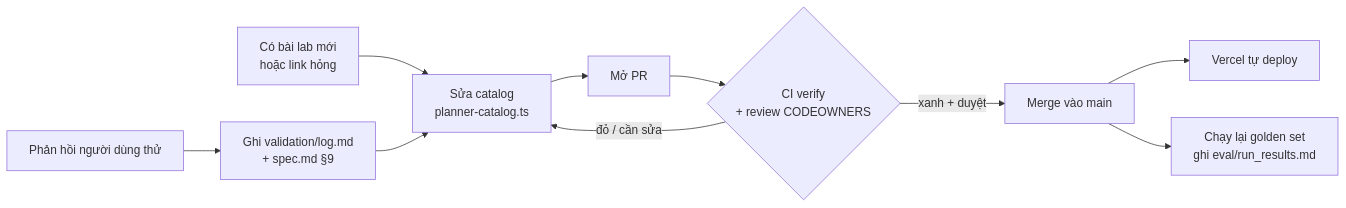
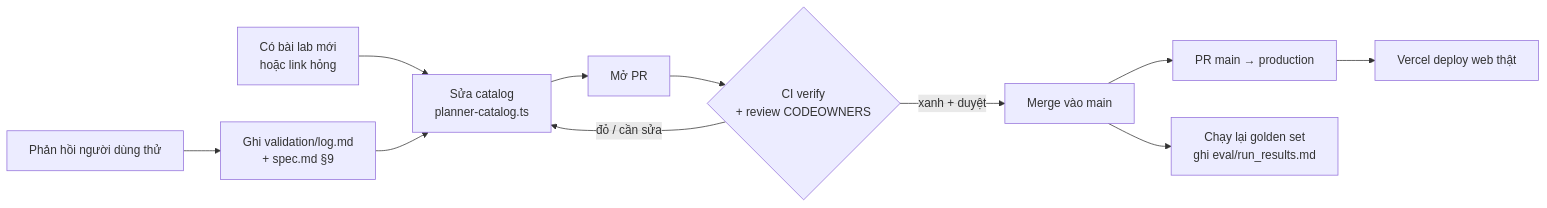
Before and after one commit to Dokhacgiakhoa/K4-3A-e403-Vinonymus: the second of 3 diagrams in README.md, drawn with Mermaid. The commit also changed other lines of this file and 3 other files, not shown here.

````diff
--- a/README.md
+++ b/README.md
@@ -130,11 +130,12 @@
 ```mermaid
 flowchart LR
     A[Có bài lab mới<br/>hoặc link hỏng] --> B[Sửa catalog<br/>planner-catalog.ts]
     B --> C[Mở PR]
     C --> D{CI verify<br/>+ review CODEOWNERS}
     D -- đỏ / cần sửa --> B
     D -- xanh + duyệt --> E[Merge vào main]
-    E --> F[Vercel tự deploy]
+    E --> P[PR main → production]
+    P --> F[Vercel deploy web thật]
     E --> G[Chạy lại golden set<br/>ghi eval/run_results.md]
     H[Phản hồi người dùng thử] --> I[Ghi validation/log.md<br/>+ spec.md §9] --> B
 ```
````
